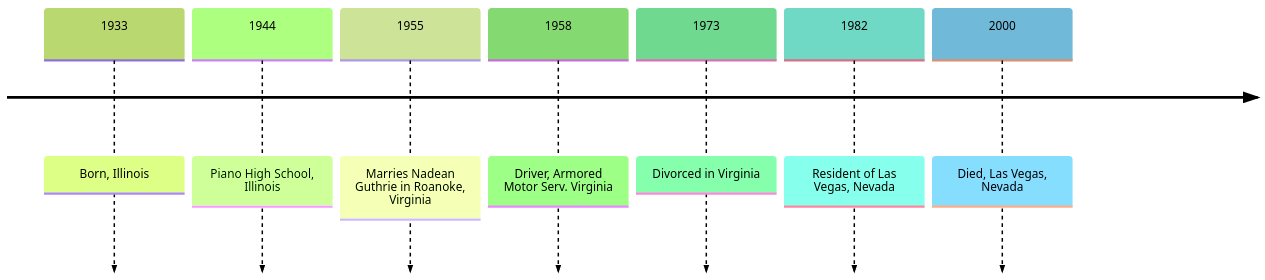
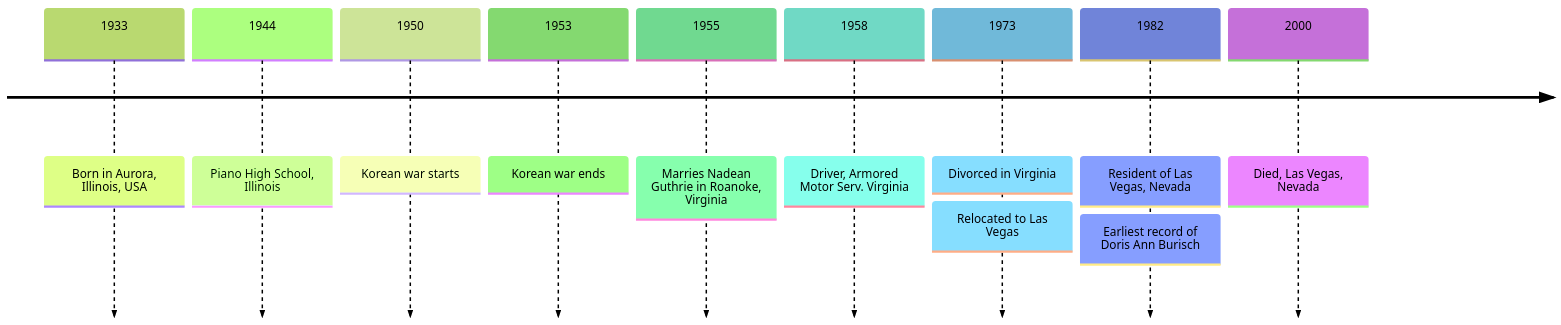
Before and after one commit to Black-Star-Institute/blackstar.github.io: the first of 2 diagrams in docs/people/burisch_harry.md, drawn with Mermaid (forest theme). The commit also changed other lines of this file and 5 other files, not shown here.

````diff
--- a/docs/people/burisch_harry.md
+++ b/docs/people/burisch_harry.md
@@ -15,10 +13,14 @@
 ```mermaid
 timeline
-  1933 : Born, Illinois
+  1933 : Born in Aurora, Illinois, USA
   1944 : Piano High School, Illinois
+  1950 : Korean war starts
+  1953 : Korean war ends
   1955 : Marries Nadean Guthrie in Roanoke, Virginia
   1958 : Driver, Armored Motor Serv. Virginia
   1973 : Divorced in Virginia
+       : Relocated to Las Vegas
   1982 : Resident of Las Vegas, Nevada
+       : Earliest record of Doris Ann Burisch
   2000 : Died, Las Vegas, Nevada
 ```
````
